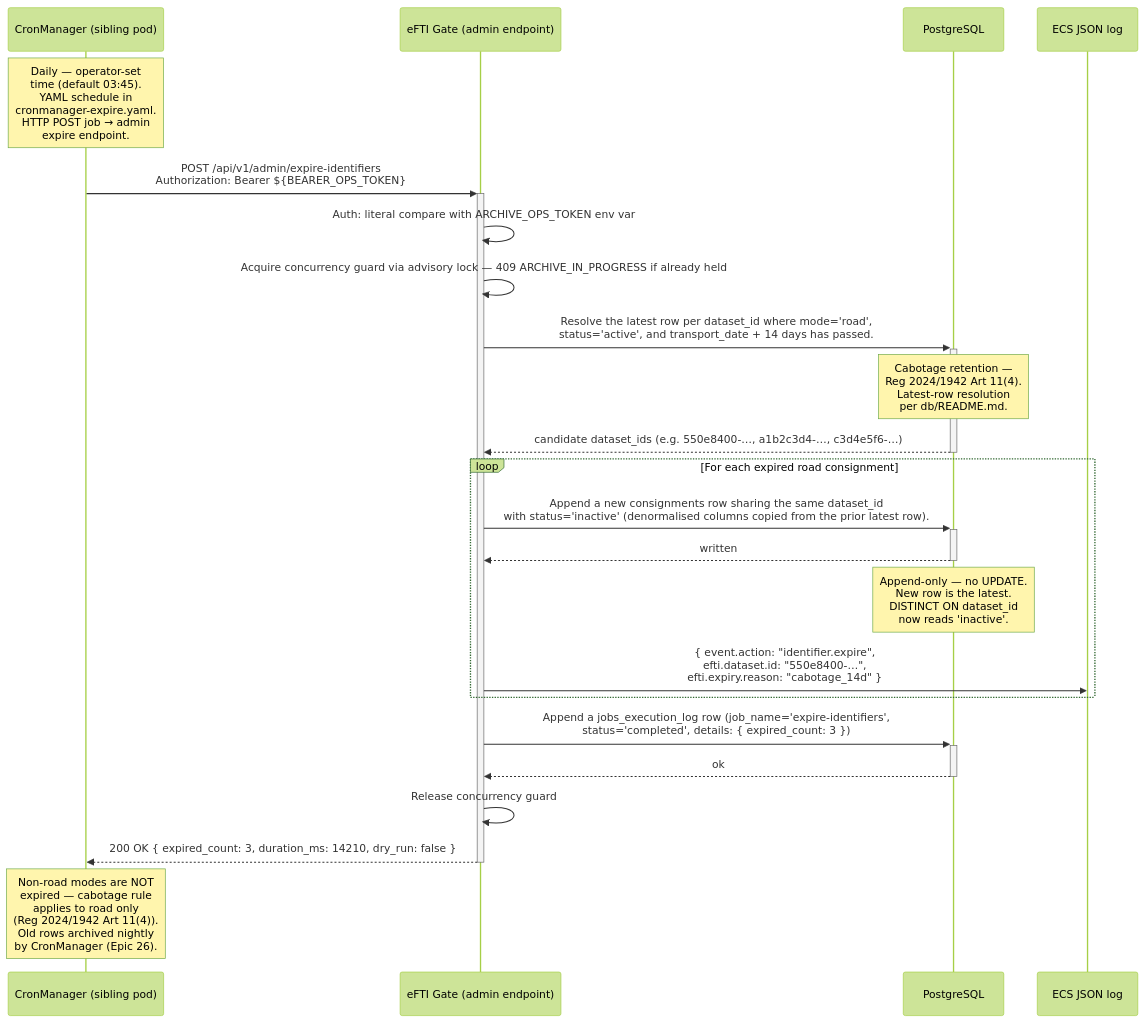
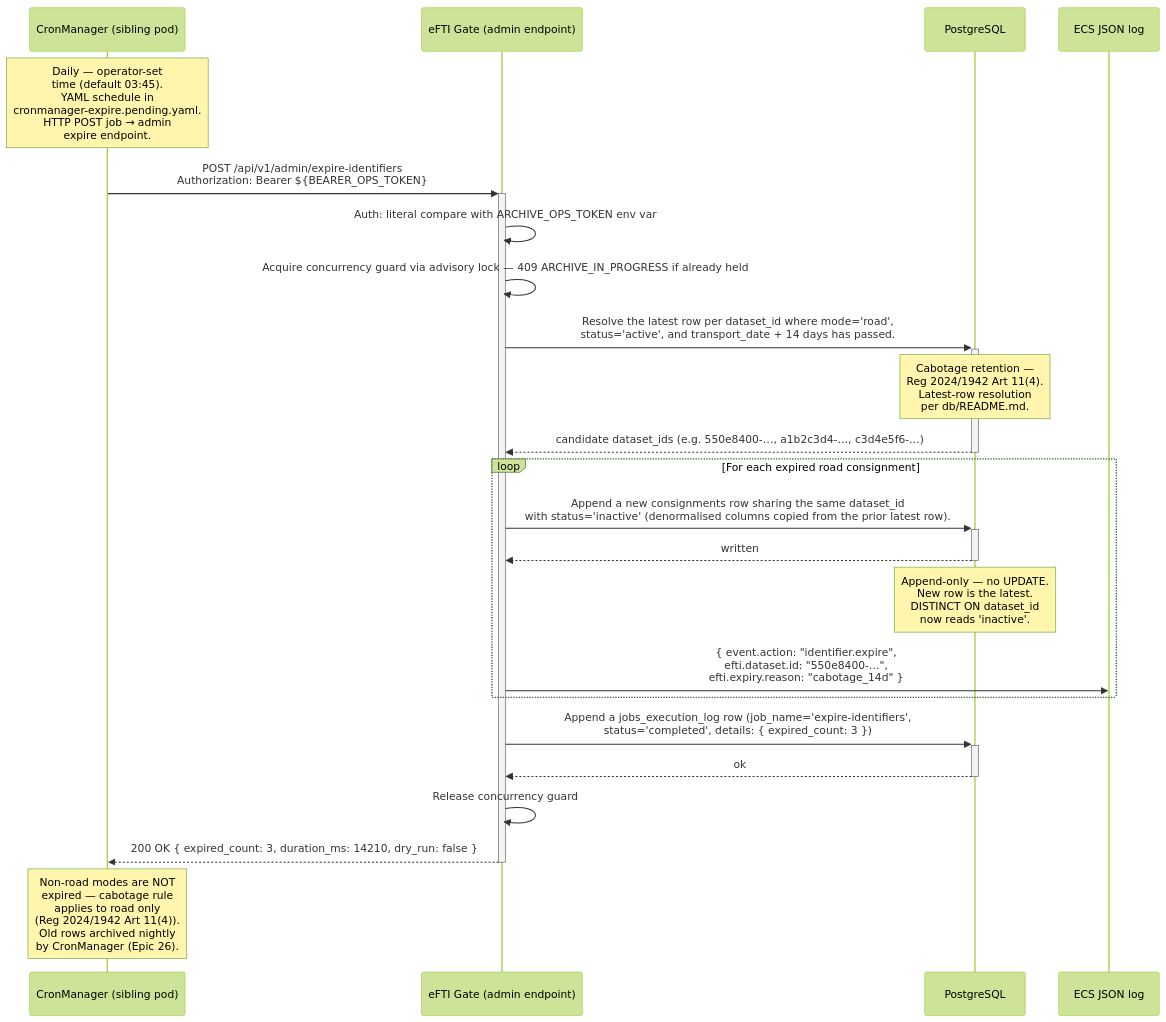
One commit to kemit-ee/efti-gate-ee changed the diagram in docs/specs/diagrams/seq-08-identifier-expiration.mmd. Above: the diagram before and after it, drawn with Mermaid (forest theme). The commit also changed 25 other files, not shown here.

```diff
--- a/docs/specs/diagrams/seq-08-identifier-expiration.mmd
+++ b/docs/specs/diagrams/seq-08-identifier-expiration.mmd
@@ -1,29 +1,29 @@
 sequenceDiagram
     participant CM as CronManager (sibling pod)
     participant Gate as eFTI Gate (admin endpoint)
     participant DB as PostgreSQL
     participant Log as ECS JSON log
 
-    Note over CM: Daily — operator-set<br/>time (default 03:45).<br/>YAML schedule in<br/>cronmanager-expire.yaml.<br/>HTTP POST job → admin<br/>expire endpoint.
+    Note over CM: Daily — operator-set<br/>time (default 03:45).<br/>YAML schedule in<br/>cronmanager-expire.pending.yaml.<br/>HTTP POST job → admin<br/>expire endpoint.
 
     CM->>+Gate: POST /api/v1/admin/expire-identifiers<br/>Authorization: Bearer ${BEARER_OPS_TOKEN}
     Gate->>Gate: Auth: literal compare with ARCHIVE_OPS_TOKEN env var
     Gate->>Gate: Acquire concurrency guard via advisory lock — 409 ARCHIVE_IN_PROGRESS if already held
 
     Gate->>+DB: Resolve the latest row per dataset_id where mode='road',<br/>status='active', and transport_date + 14 days has passed.
     Note over DB: Cabotage retention —<br/>Reg 2024/1942 Art 11(4).<br/>Latest-row resolution<br/>per db/README.md.
     DB-->>-Gate: candidate dataset_ids (e.g. 550e8400-…, a1b2c3d4-…, c3d4e5f6-…)
 
     loop For each expired road consignment
         Gate->>+DB: Append a new consignments row sharing the same dataset_id<br/>with status='inactive' (denormalised columns copied from the prior latest row).
         DB-->>-Gate: written
         Note over DB: Append-only — no UPDATE.<br/>New row is the latest.<br/>DISTINCT ON dataset_id<br/>now reads 'inactive'.
         Gate->>Log: { event.action: "identifier.expire",<br/>efti.dataset.id: "550e8400-…",<br/>efti.expiry.reason: "cabotage_14d" }
     end
 
     Gate->>+DB: Append a jobs_execution_log row (job_name='expire-identifiers',<br/>status='completed', details: { expired_count: 3 })
     DB-->>-Gate: ok
     Gate->>Gate: Release concurrency guard
     Gate-->>-CM: 200 OK { expired_count: 3, duration_ms: 14210, dry_run: false }
 
     Note over CM: Non-road modes are NOT<br/>expired — cabotage rule<br/>applies to road only<br/>(Reg 2024/1942 Art 11(4)).<br/>Old rows archived nightly<br/>by CronManager (Epic 26).
```
